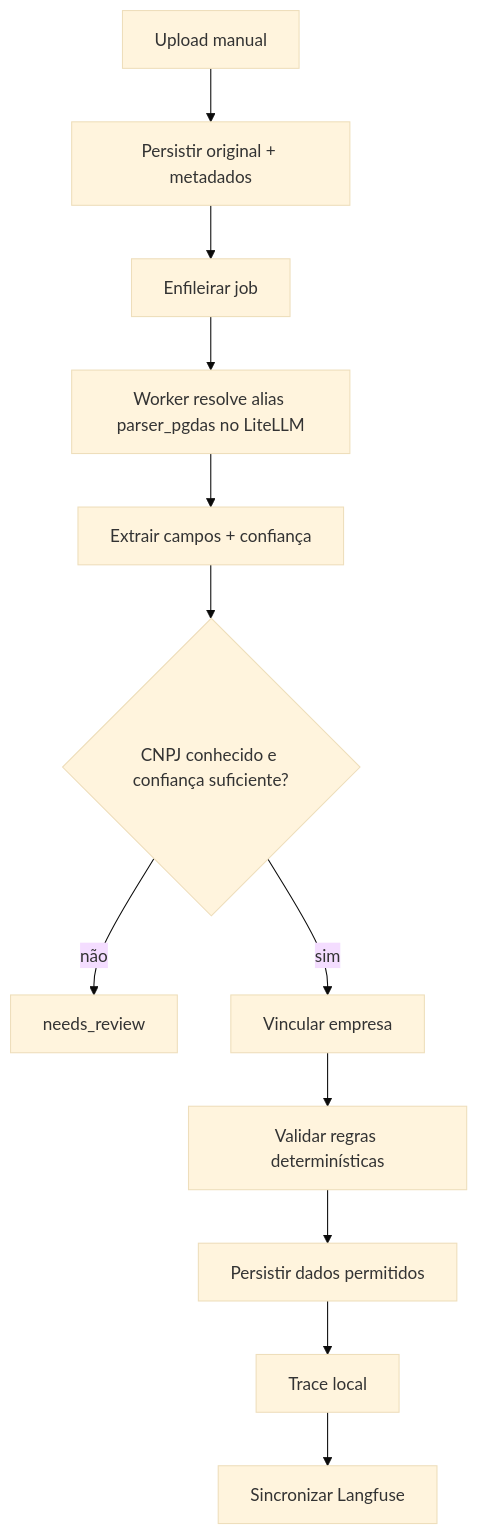
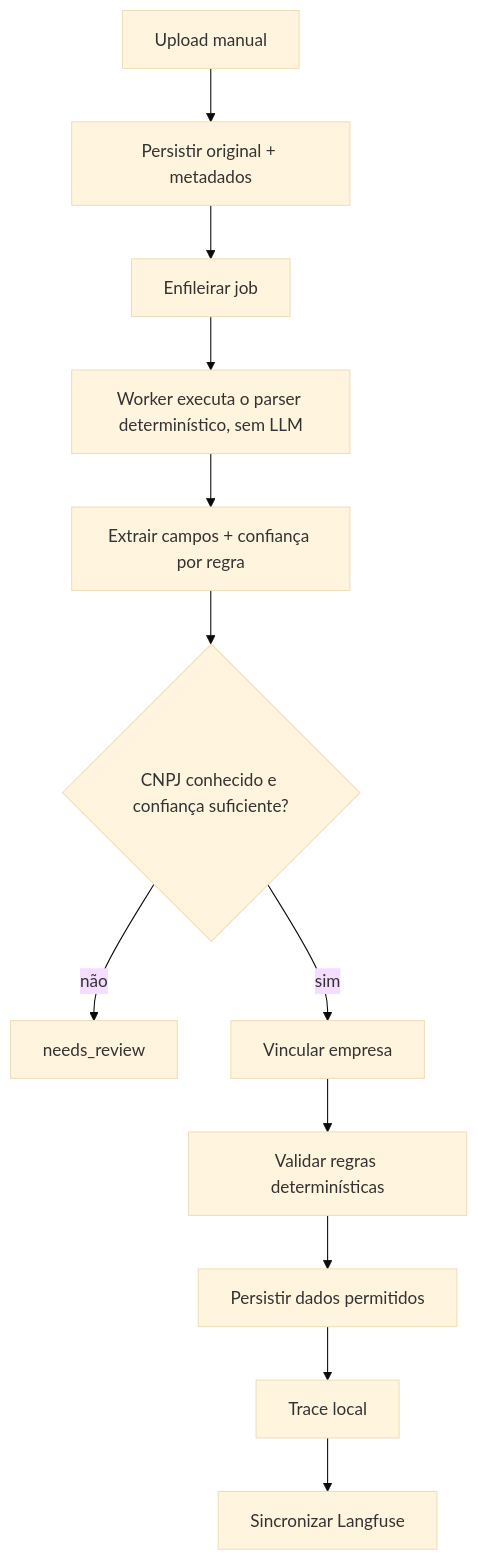
Before and after one commit to comunidade-rebelde-a-fonte/controle-tarefas: the second of 11 diagrams in docs/ai-spec/07-flows.md, drawn with Mermaid (base theme). The commit also changed 12 other files, not shown here.

````diff
--- a/docs/ai-spec/07-flows.md
+++ b/docs/ai-spec/07-flows.md
@@ -21,14 +21,14 @@
 ```mermaid
 flowchart TD
   A[Upload manual] --> B[Persistir original + metadados]
   B --> C[Enfileirar job]
-  C --> D[Worker resolve alias parser_pgdas no LiteLLM]
-  D --> E[Extrair campos + confiança]
+  C --> D[Worker executa o parser determinístico, sem LLM]
+  D --> E[Extrair campos + confiança por regra]
   E --> F{CNPJ conhecido e confiança suficiente?}
   F -- não --> G[needs_review]
   F -- sim --> H[Vincular empresa]
   H --> I[Validar regras determinísticas]
   I --> J[Persistir dados permitidos]
   J --> K[Trace local]
   K --> L[Sincronizar Langfuse]
 ```
````
